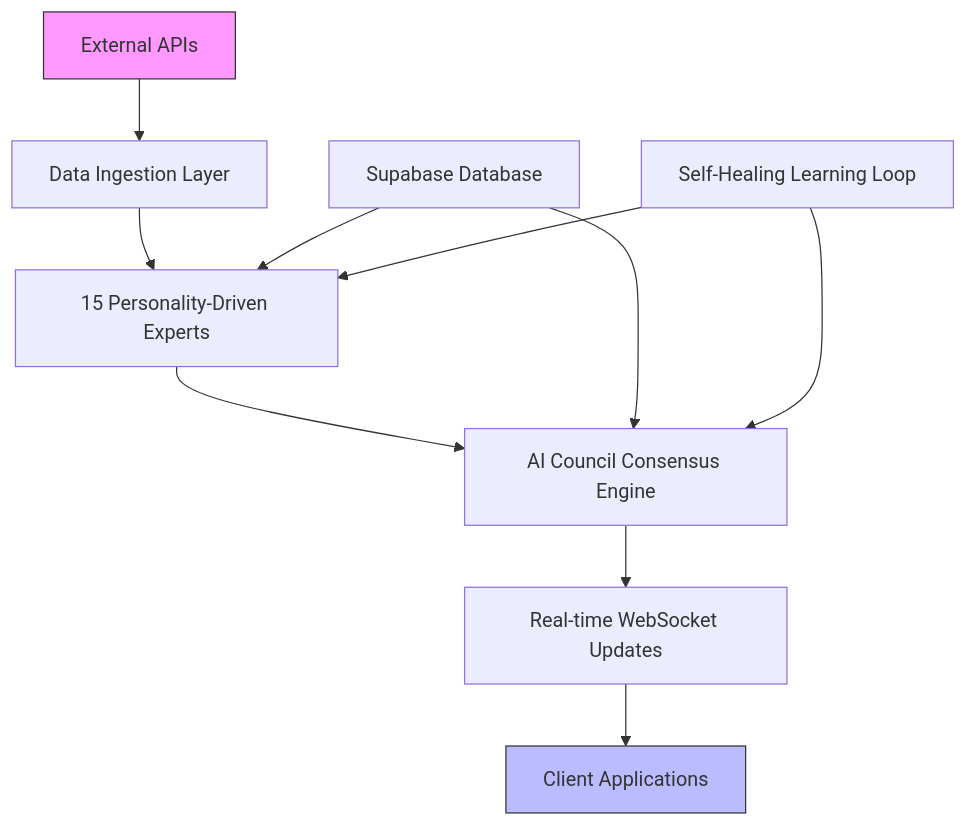
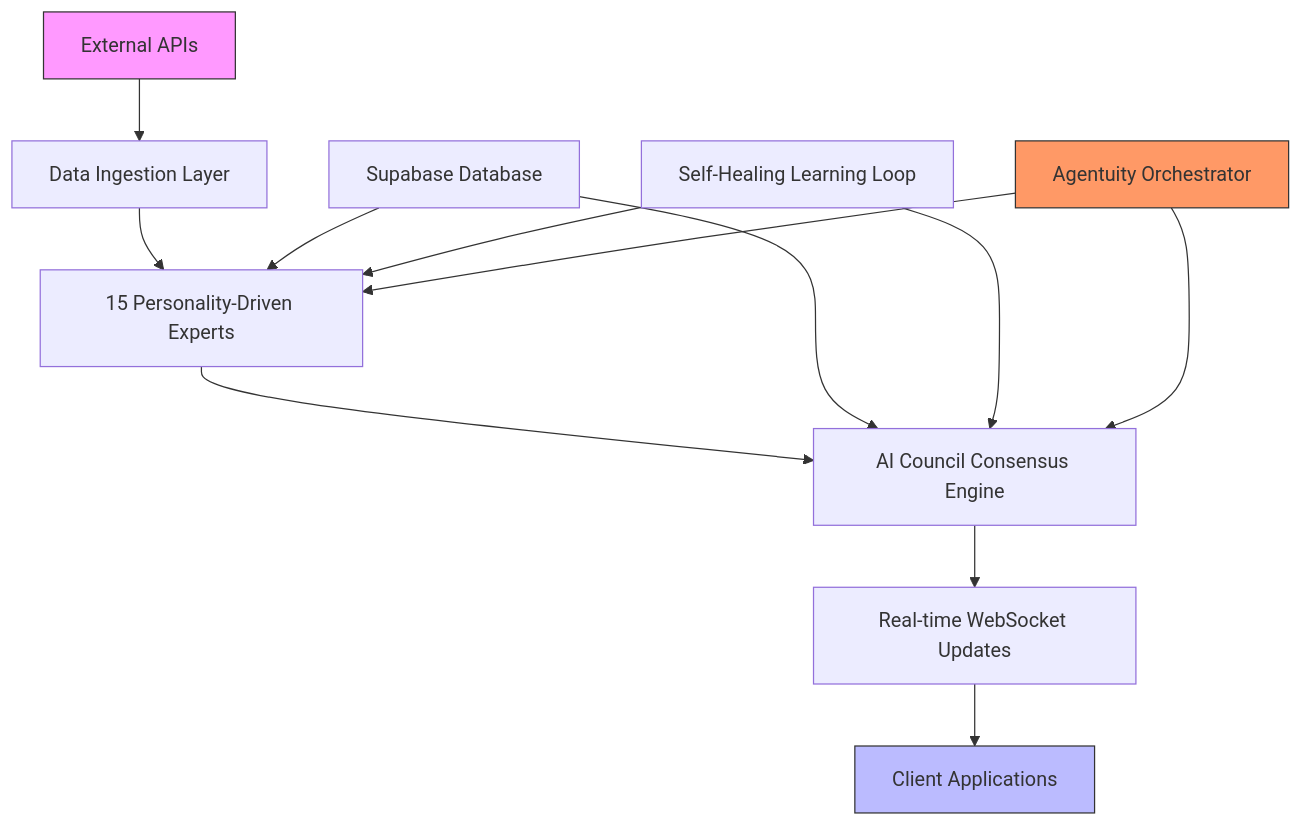
The first of 8 diagrams in .qoder/repowiki/en/content/Project Overview.md (Lego4005/nfl-predictor-api), drawn with Mermaid before and after one commit. The commit also changed other lines of this file and 146 other files, not shown here.

````diff
--- a/.qoder/repowiki/en/content/Project Overview.md
+++ b/.qoder/repowiki/en/content/Project Overview.md
@@ -56,14 +76,17 @@
 ```mermaid
 graph TB
 A[External APIs] --> B[Data Ingestion Layer]
 B --> C[15 Personality-Driven Experts]
 C --> D[AI Council Consensus Engine]
 D --> E[Real-time WebSocket Updates]
 E --> F[Client Applications]
 G[Supabase Database] --> C
 G --> D
 H[Self-Healing Learning Loop] --> C
 H --> D
+I[Agentuity Orchestrator] --> C
+I --> D
 style A fill:#f9f,stroke:#333
 style F fill:#bbf,stroke:#333
+style I fill:#f96,stroke:#333
 ```
````
